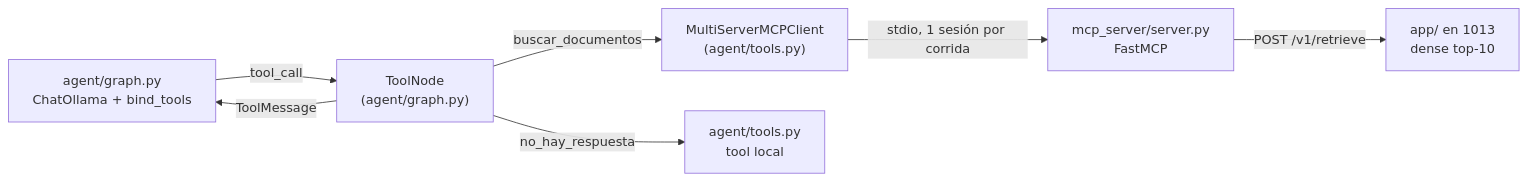
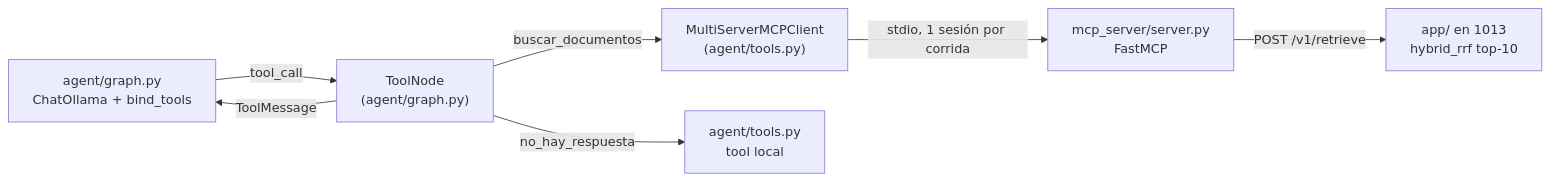
The diagram in experiments/agent/MCP_INTEGRATION.md (jmalayo/scribe-lab), drawn with Mermaid before and after one commit. The commit also changed 6 other files, not shown here.

````diff
--- a/experiments/agent/MCP_INTEGRATION.md
+++ b/experiments/agent/MCP_INTEGRATION.md
@@ -7,9 +7,9 @@
 ```mermaid
 flowchart LR
     A["agent/graph.py<br/>ChatOllama + bind_tools"] -- "tool_call" --> T["ToolNode<br/>(agent/graph.py)"]
     T -- "buscar_documentos" --> C["MultiServerMCPClient<br/>(agent/tools.py)"]
     C -- "stdio, 1 sesión por corrida" --> S["mcp_server/server.py<br/>FastMCP"]
-    S -- "POST /v1/retrieve" --> API["app/ en 1013<br/>dense top-10"]
+    S -- "POST /v1/retrieve" --> API["app/ en 1013<br/>hybrid_rrf top-10"]
     T -- "no_hay_respuesta" --> L["agent/tools.py<br/>tool local"]
     T -- "ToolMessage" --> A
 ```
````
